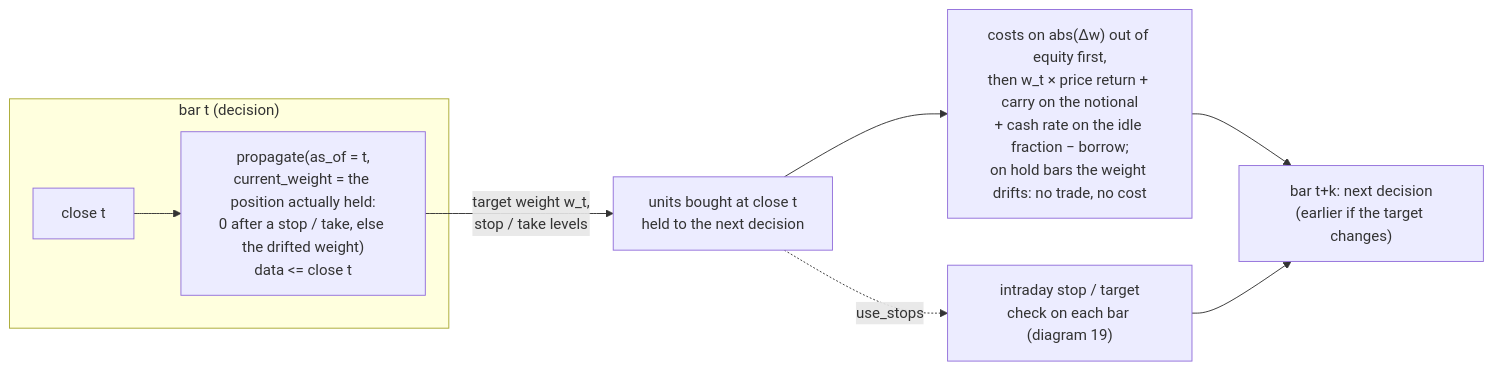
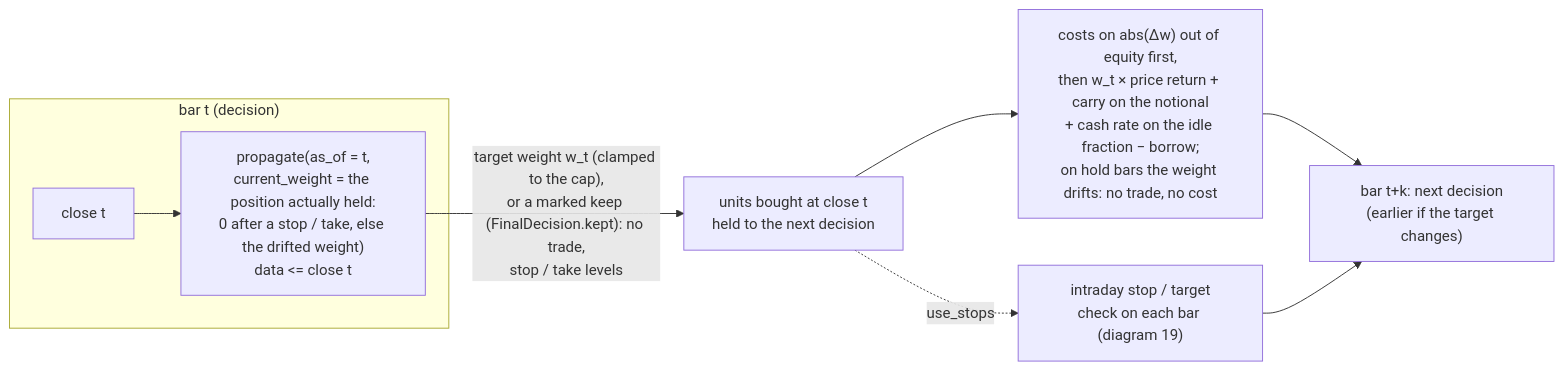
Diagram 18 of 30 in docs/DIAGRAMS.md (AshJha0/agentic-trader), drawn with Mermaid before and after one commit. The commit also changed other lines of this file and 18 other files, not shown here.

````diff
--- a/docs/DIAGRAMS.md
+++ b/docs/DIAGRAMS.md
@@ -550,11 +550,11 @@
 ```mermaid
 flowchart LR
     subgraph t0["bar t (decision)"]
         C0[close t] --> DEC["propagate(as_of = t,<br/>current_weight = the position actually held:<br/>0 after a stop / take, else the drifted weight)<br/>data <= close t"]
     end
-    DEC -->|"target weight w_t,<br/>stop / take levels"| H["units bought at close t<br/>held to the next decision"]
+    DEC -->|"target weight w_t (clamped to the cap),<br/>or a marked keep (FinalDecision.kept): no trade,<br/>stop / take levels"| H["units bought at close t<br/>held to the next decision"]
     H --> R["costs on abs(Δw) out of equity first,<br/>then w_t × price return + carry on the notional<br/>+ cash rate on the idle fraction − borrow;<br/>on hold bars the weight drifts: no trade, no cost"]
     H -.->|"use_stops"| ST["intraday stop / target<br/>check on each bar (diagram 19)"]
     R --> N["bar t+k: next decision<br/>(earlier if the target changes)"]
     ST --> N
 ```
````
